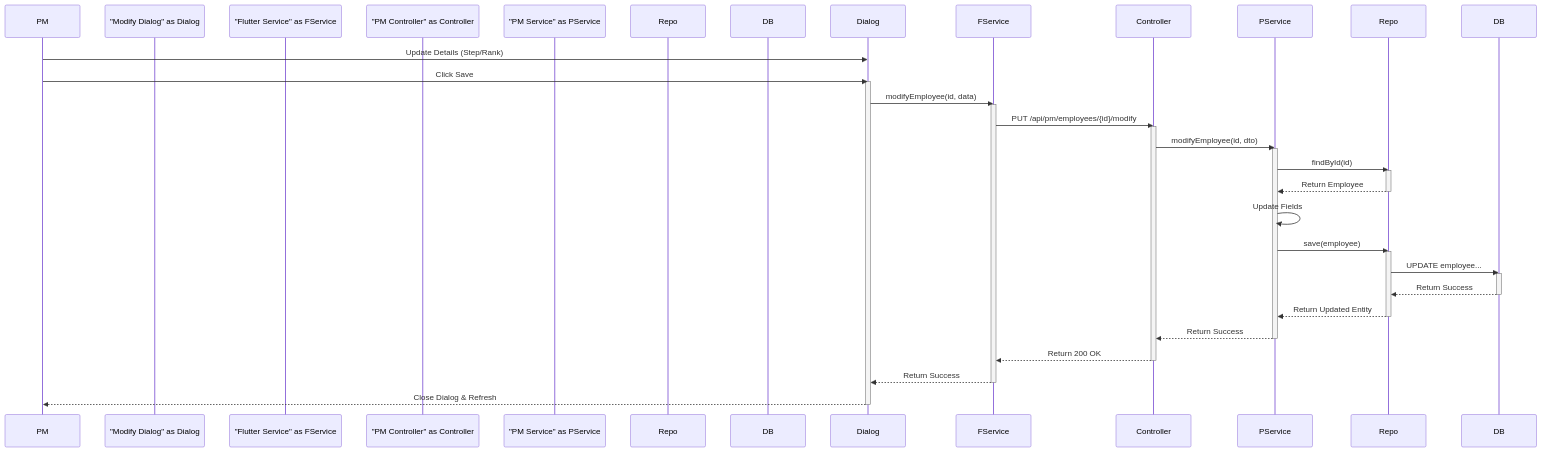
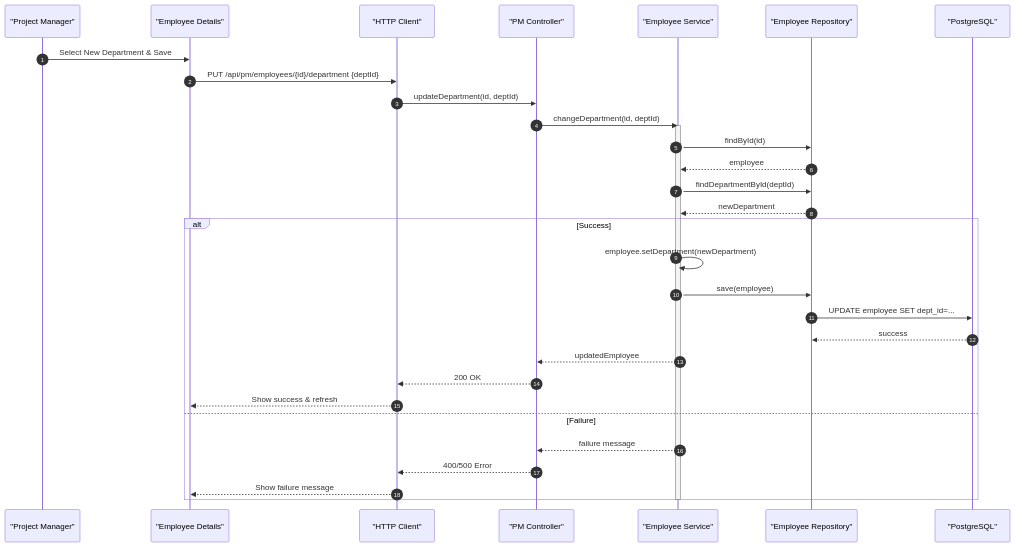
The tenth of 15 diagrams in diagrams/04_Chapter2_Modeling.md (AmirtterK/human-resources-management), drawn with Mermaid before and after one commit. The commit also changed other lines of this file and 2 other files, not shown here.

````diff
--- a/diagrams/04_Chapter2_Modeling.md
+++ b/diagrams/04_Chapter2_Modeling.md
@@ -212,46 +416,38 @@
 ```mermaid
 sequenceDiagram
-    participant PM
-    participant "Modify Dialog" as Dialog
-    participant "Flutter Service" as FService
-    participant "PM Controller" as Controller
-    participant "PM Service" as PService
-    participant "Repository" as Repo
-    participant "PostgreSQL" as DB
+    autonumber
+    participant PM as "Project Manager"
+    participant UI as "Employee Details"
+    participant HTTP as "HTTP Client"
+    participant Ctrl as "PM Controller"
+    participant Svc as "Employee Service"
+    participant Repo as "Employee Repository"
+    participant DB as "PostgreSQL"
 
-    PM->>Dialog: Update Details (Step/Rank)
-    PM->>Dialog: Click Save
-    activate Dialog
-    Dialog->>FService: modifyEmployee(id, data)
-    activate FService
-    
-    FService->>Controller: PUT /api/pm/employees/{id}/modify
-    activate Controller
-    Controller->>PService: modifyEmployee(id, dto)
-    activate PService
-    PService->>Repo: findById(id)
-    activate Repo
-    Repo-->>PService: Return Employee
-    deactivate Repo
-    
-    PService->>PService: Update Fields
-    PService->>Repo: save(employee)
-    activate Repo
-    Repo->>DB: UPDATE employee...
-    activate DB
-    DB-->>Repo: Return Success
-    deactivate DB
-    Repo-->>PService: Return Updated Entity
-    deactivate Repo
-    
-    PService-->>Controller: Return Success
-    deactivate PService
-    Controller-->>FService: Return 200 OK
-    deactivate Controller
-    
-    FService-->>Dialog: Return Success
-    deactivate FService
-    
-    Dialog-->>PM: Close Dialog & Refresh
-    deactivate Dialog
+    PM->>UI: Select New Department & Save
+    UI->>HTTP: PUT /api/pm/employees/{id}/department {deptId}
+    HTTP->>Ctrl: updateDepartment(id, deptId)
+    Ctrl->>Svc: changeDepartment(id, deptId)
+    activate Svc
+    Svc->>Repo: findById(id)
+    Repo-->>Svc: employee
+
+    Svc->>Repo: findDepartmentById(deptId)
+    Repo-->>Svc: newDepartment
+
+    alt Success
+        Svc->>Svc: employee.setDepartment(newDepartment)
+        Svc->>Repo: save(employee)
+        Repo->>DB: UPDATE employee SET dept_id=...
+        DB-->>Repo: success
+        Svc-->>Ctrl: updatedEmployee
+        Ctrl-->>HTTP: 200 OK
+        HTTP-->>UI: Show success & refresh
+    else Failure
+        Svc-->>Ctrl: failure message
+        Ctrl-->>HTTP: 400/500 Error
+        HTTP-->>UI: Show failure message
+    end
+
+    deactivate Svc
 ```
````
